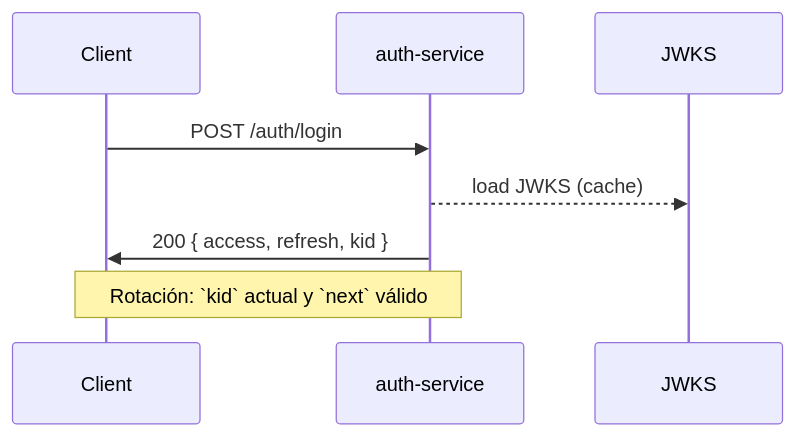
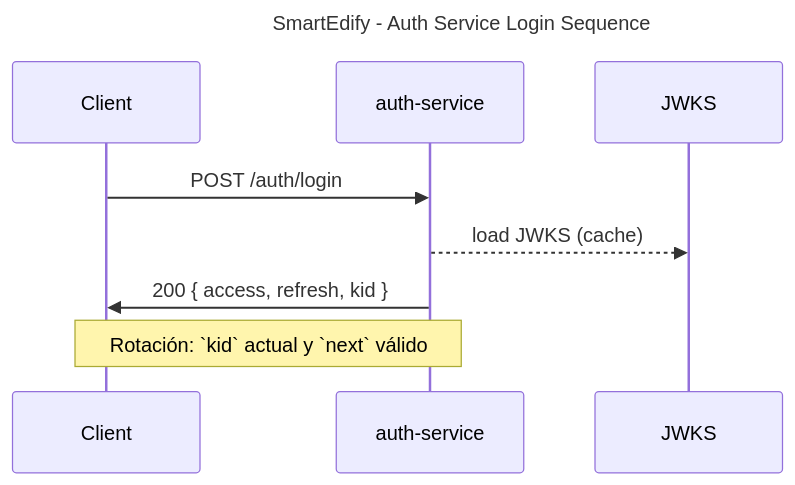
The diagram in docs/design/diagrams/auth-sequence.mmd (latamteks-cmyk/SmartEdify_V0), drawn with Mermaid before and after one commit. The commit also changed 9 other files, not shown here.

Commit message:
Organize Mermaid diagrams and add metadata

```diff
--- a/docs/design/diagrams/auth-sequence.mmd
+++ b/docs/design/diagrams/auth-sequence.mmd
@@ -1,8 +1,11 @@
+---
+title: SmartEdify - Auth Service Login Sequence
+---
 sequenceDiagram
   participant C as Client
   participant AS as auth-service
   participant JW as JWKS
   C->>AS: POST /auth/login
   AS-->>JW: load JWKS (cache)
   AS->>C: 200 { access, refresh, kid }
   Note over C,AS: Rotación: `kid` actual y `next` válido
```
